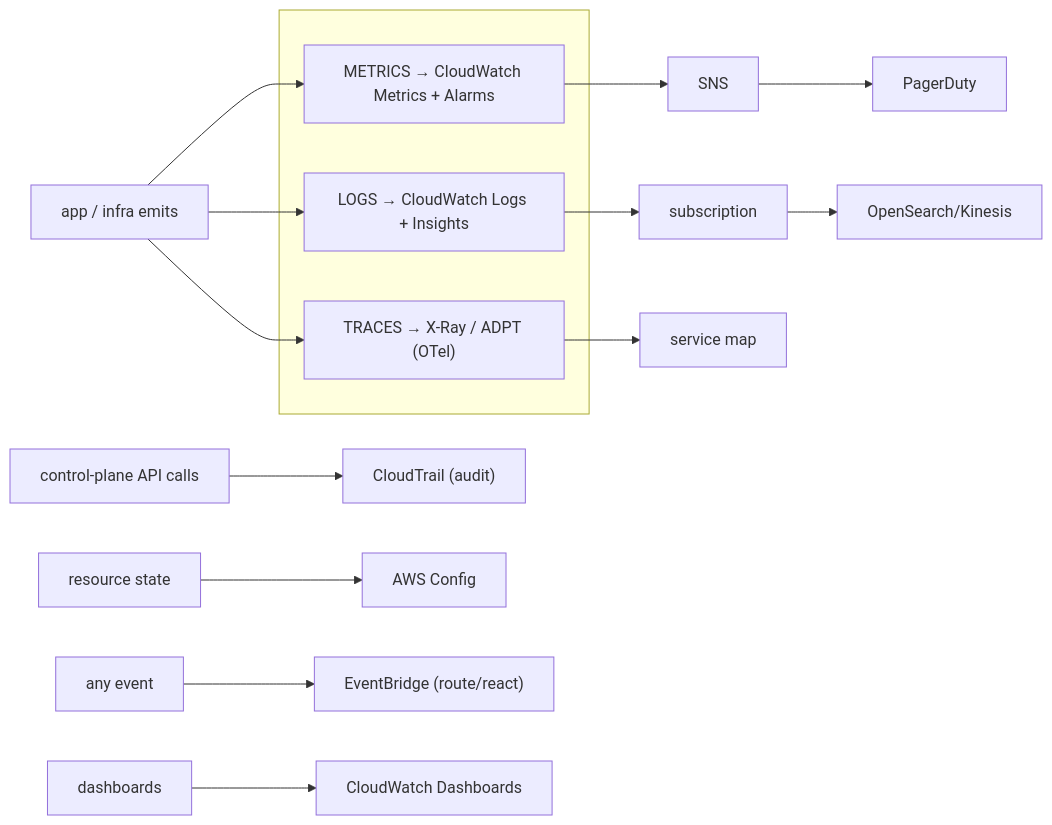
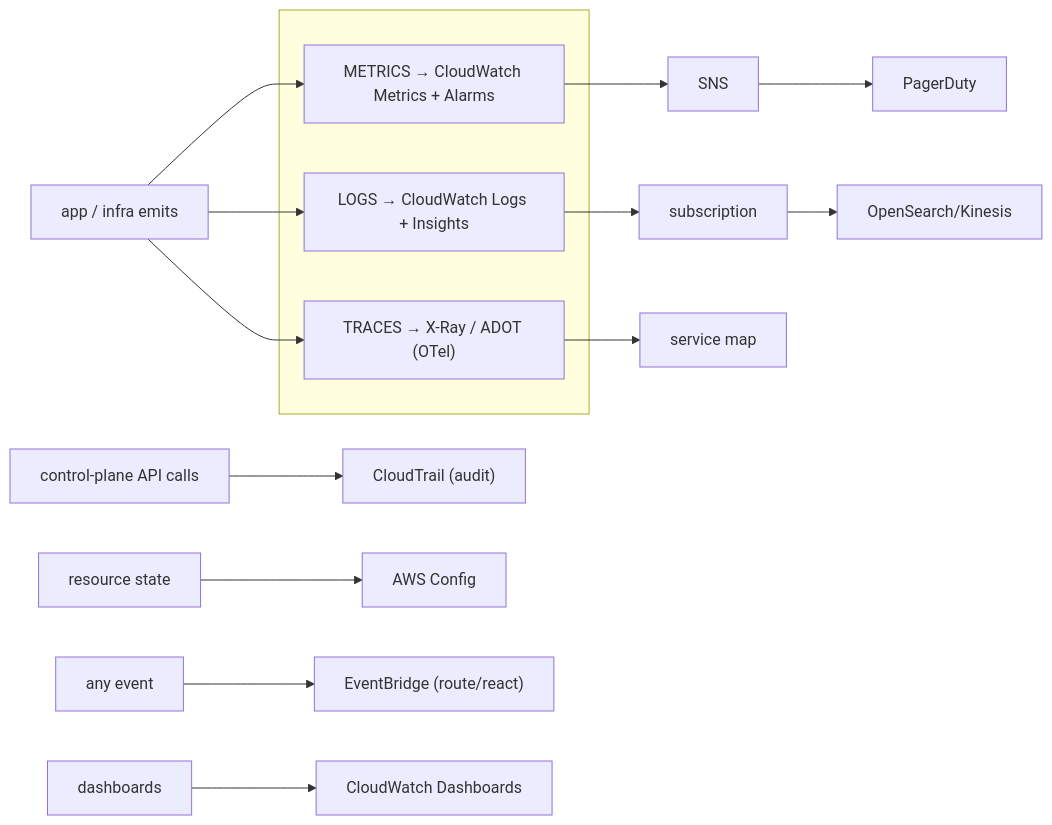
The diagram in topics/system-design/aws-observability-cloudwatch-xray/concepts.md (PaulSayantan/grokking-interview), drawn with Mermaid before and after one commit. The commit also changed other lines of this file and 122 other files, not shown here.

````diff
--- a/topics/system-design/aws-observability-cloudwatch-xray/concepts.md
+++ b/topics/system-design/aws-observability-cloudwatch-xray/concepts.md
@@ -24,16 +24,16 @@
 ```mermaid
 flowchart LR
     Emit["app / infra emits"]
     subgraph box[" "]
         M["METRICS → CloudWatch Metrics + Alarms"]
         L["LOGS → CloudWatch Logs + Insights"]
-        T["TRACES → X-Ray / ADPT (OTel)"]
+        T["TRACES → X-Ray / ADOT (OTel)"]
     end
     Emit --> M --> SNS["SNS"] --> PD["PagerDuty"]
     Emit --> L --> Sub["subscription"] --> OSK["OpenSearch/Kinesis"]
     Emit --> T --> SM["service map"]
     CP["control-plane API calls"] --> CT["CloudTrail (audit)"]
     RS["resource state"] --> Config["AWS Config"]
     AE["any event"] --> EB["EventBridge (route/react)"]
     Dash["dashboards"] --> CWD["CloudWatch Dashboards"]
 ```
````
